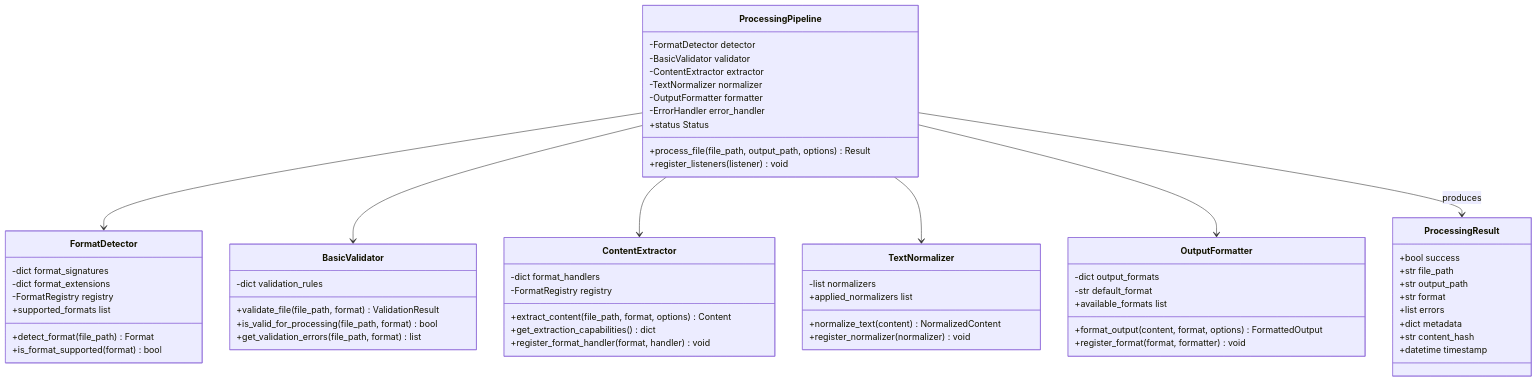
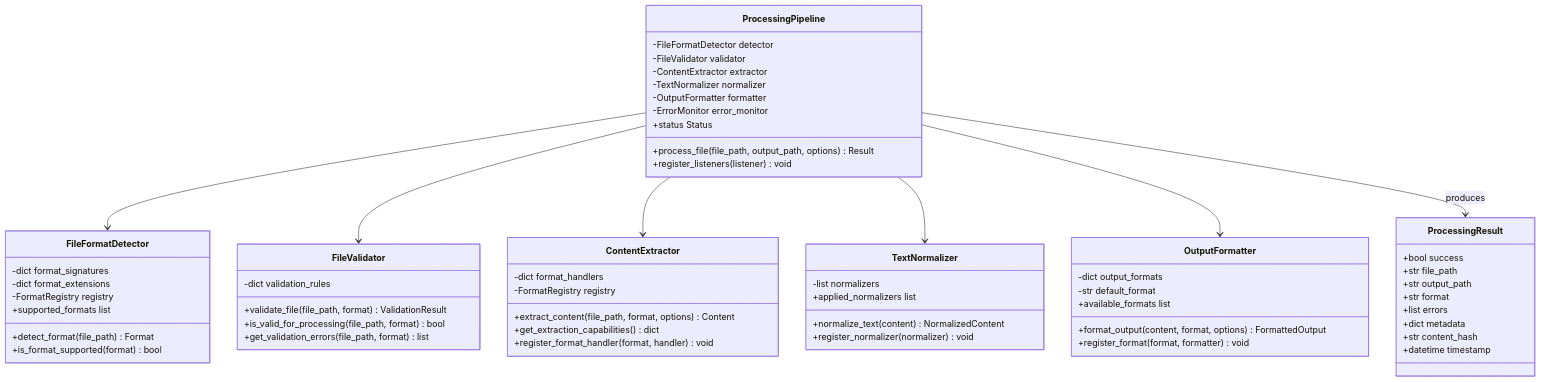
The third of 7 diagrams in SAD.md (endomorphosis/omni_converter_mk2), drawn with Mermaid before and after one commit. The commit also changed other lines of this file and 243 other files, not shown here.

````diff
--- a/SAD.md
+++ b/SAD.md
@@ -194,71 +194,71 @@
 ```mermaid
 classDiagram
     class ProcessingPipeline {
-        -FormatDetector detector
-        -BasicValidator validator
+        -FileFormatDetector detector
+        -FileValidator validator
         -ContentExtractor extractor
         -TextNormalizer normalizer
         -OutputFormatter formatter
-        -ErrorHandler error_handler
+        -ErrorMonitor error_monitor
         +process_file(file_path, output_path, options) Result
         +status Status
         +register_listeners(listener) void
     }
 
-    class FormatDetector {
+    class FileFormatDetector {
         -dict format_signatures
         -dict format_extensions
         -FormatRegistry registry
         +detect_format(file_path) Format
         +supported_formats list
         +is_format_supported(format) bool
     }
 
-    class BasicValidator {
+    class FileValidator {
         -dict validation_rules
         +validate_file(file_path, format) ValidationResult
         +is_valid_for_processing(file_path, format) bool
         +get_validation_errors(file_path, format) list
     }
 
     class ContentExtractor {
         -dict format_handlers
         -FormatRegistry registry
         +extract_content(file_path, format, options) Content
         +get_extraction_capabilities() dict
         +register_format_handler(format, handler) void
     }
 
     class TextNormalizer {
         -list normalizers
         +normalize_text(content) NormalizedContent
         +register_normalizer(normalizer) void
         +applied_normalizers list
     }
 
     class OutputFormatter {
         -dict output_formats
         -str default_format
         +format_output(content, format, options) FormattedOutput
         +available_formats list
         +register_format(format, formatter) void
     }
 
     class ProcessingResult {
         +bool success
         +str file_path
         +str output_path
         +str format
         +list errors
         +dict metadata
         +str content_hash
         +datetime timestamp
     }
 
-    ProcessingPipeline --> FormatDetector
-    ProcessingPipeline --> BasicValidator
+    ProcessingPipeline --> FileFormatDetector
+    ProcessingPipeline --> FileValidator
     ProcessingPipeline --> ContentExtractor
     ProcessingPipeline --> TextNormalizer
     ProcessingPipeline --> OutputFormatter
     ProcessingPipeline --> ProcessingResult : produces
 ```
````
